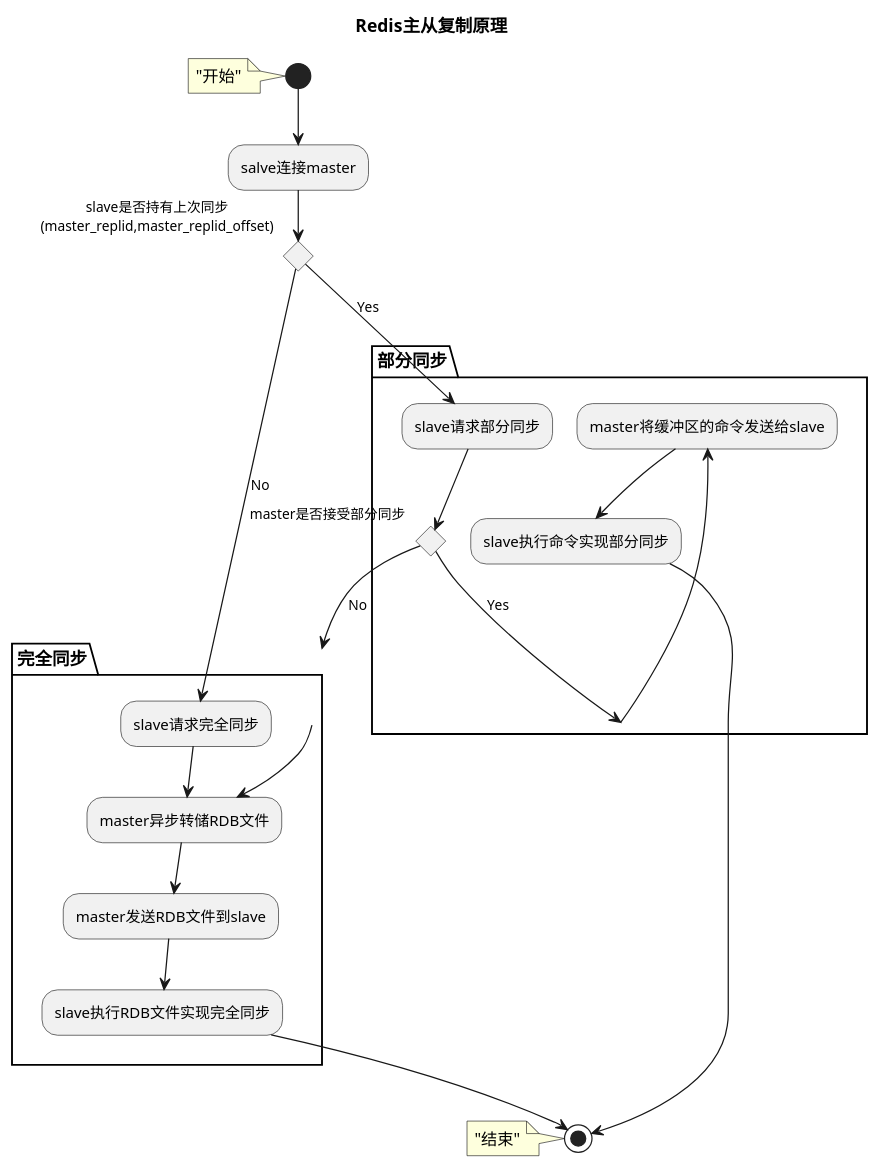
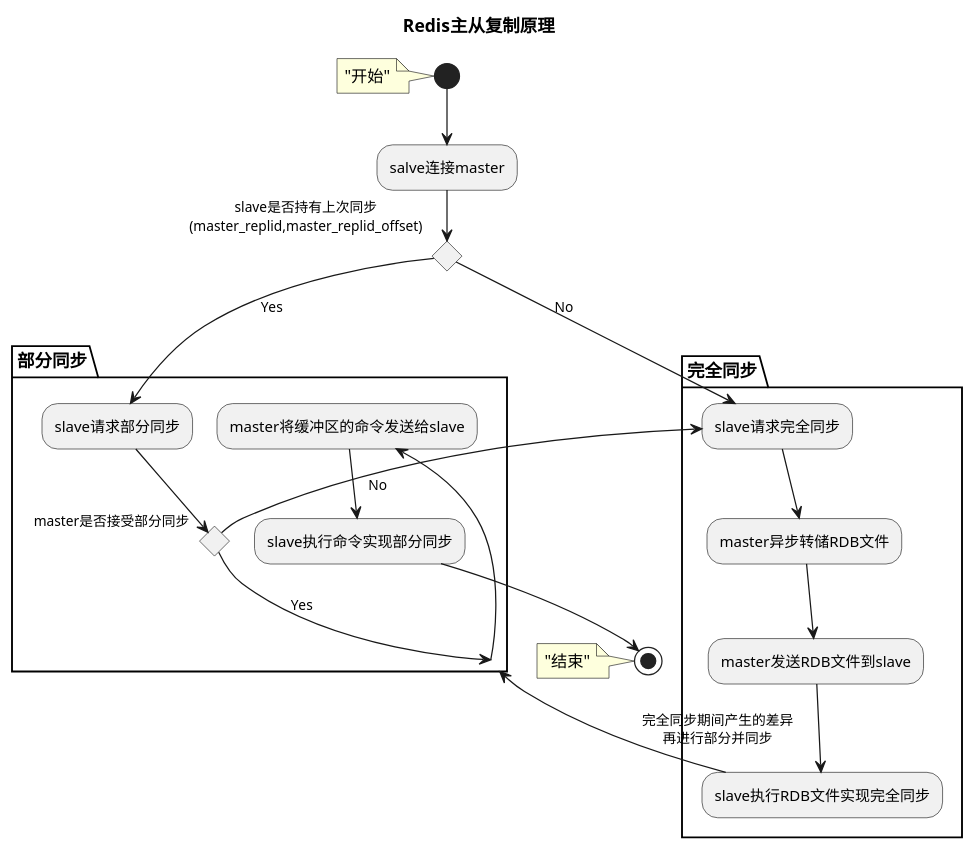
One commit to Crady35200/crady-parent changed the diagram in uml/redis/redis主从复制原理.puml. Above: the diagram before and after it, drawn with PlantUML.

Commit message:
添加redis主从复制原理

```diff
--- a/uml/redis/redis主从复制原理.puml
+++ b/uml/redis/redis主从复制原理.puml
@@ -1,30 +1,31 @@
 @startuml
 title Redis主从复制原理
 note left: "开始"
 (*)  --> "salve连接master"
 If "slave是否持有上次同步\n(master_replid,master_replid_offset)" then
 partition 部分同步 {
 --> [Yes] "slave请求部分同步"
+
 If "master是否接受部分同步" then
 --> [Yes] "部分同步"
 --> "master将缓冲区的命令发送给slave"
 --> "slave执行命令实现部分同步"
 }
 --> (*)
+note left:"结束"
 else
 partition 完全同步 {
---> [No] "完全同步"
---> "master异步转储RDB文件"
---> "master发送RDB文件到slave"
---> "slave执行RDB文件实现完全同步"
+--> [No] "slave请求完全同步"
 }
---> (*)
-note left:"结束"
 Endif
+
 else
 partition 完全同步 {
 --> [No] "slave请求完全同步"
 --> "master异步转储RDB文件"
+--> "master发送RDB文件到slave"
+--> "slave执行RDB文件实现完全同步"
+-->[完全同步期间产生的差异\n再进行部分并同步] "部分同步"
 }
 Endif
 @enduml
```
